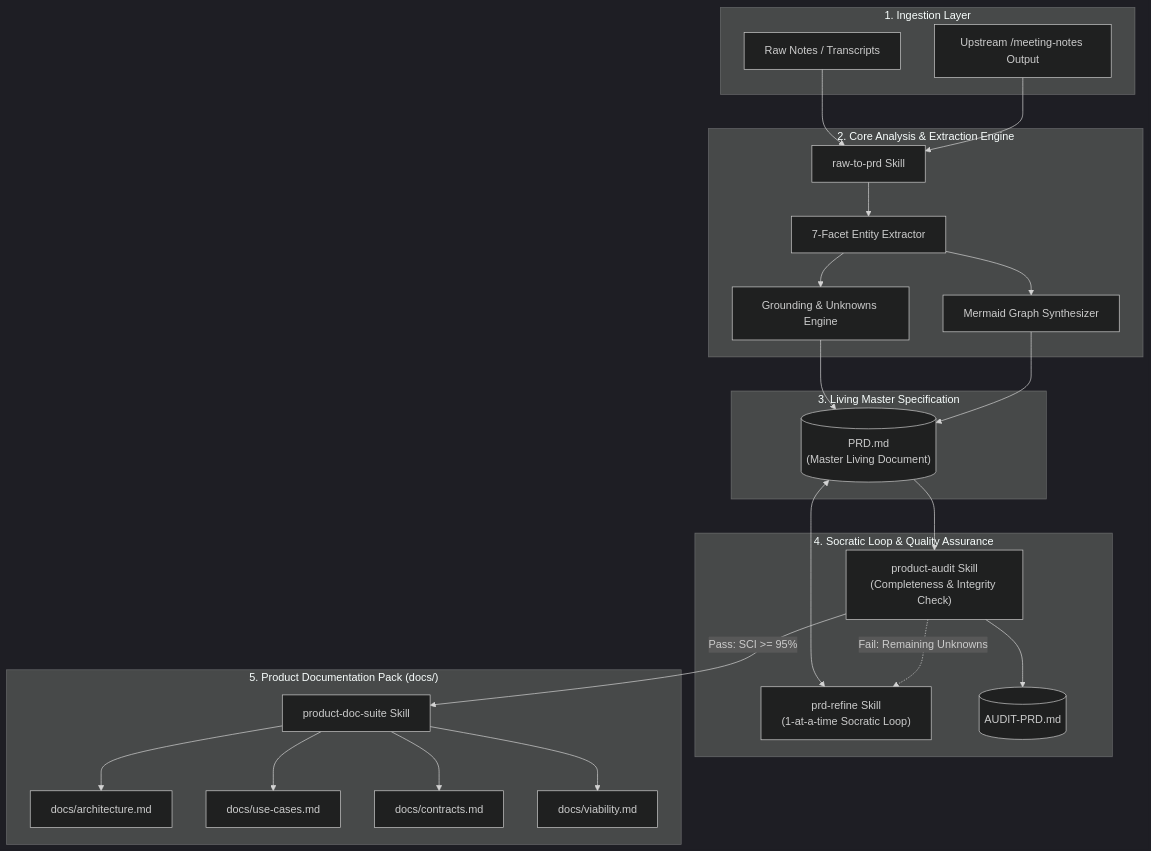
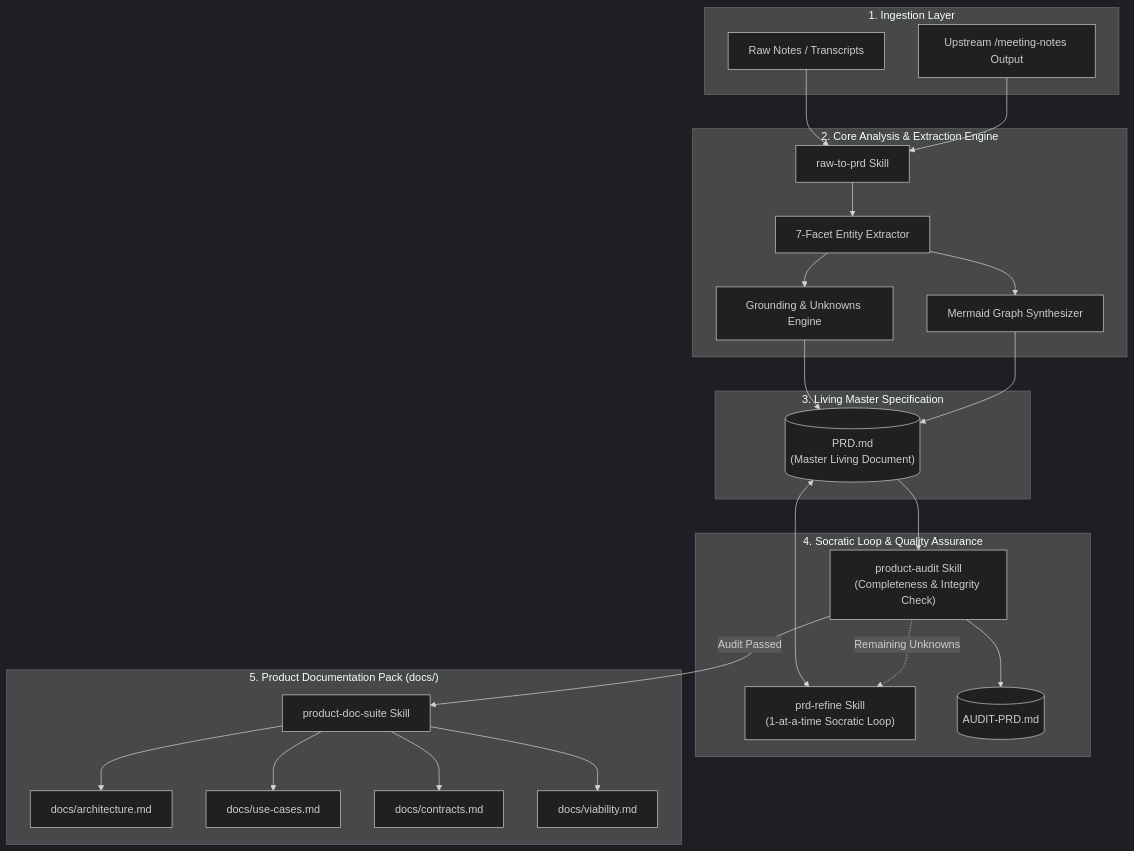
One commit to bsommers/product-owner changed the diagram in docs/architecture.md. Above: the diagram before and after it, drawn with Mermaid (dark theme). The commit also changed 1 other file, not shown here.

Commit message:
fix: sanitize Mermaid edge labels to prevent GitHub rendering syntax error

````diff
--- a/docs/architecture.md
+++ b/docs/architecture.md
@@ -76,51 +76,51 @@
 ```mermaid
 flowchart TD
     subgraph Ingestion ["1. Ingestion Layer"]
         Inp1["Raw Notes / Transcripts"]
         Inp2["Upstream /meeting-notes Output"]
     end
 
     subgraph CoreEngine ["2. Core Analysis & Extraction Engine"]
         RTP["raw-to-prd Skill"]
         FacetExt["7-Facet Entity Extractor"]
         GapFilter["Grounding & Unknowns Engine"]
         Diagrammer["Mermaid Graph Synthesizer"]
     end
 
     subgraph StateStorage ["3. Living Master Specification"]
         PRD[("PRD.md\n(Master Living Document)")]
     end
 
     subgraph RefinementGate ["4. Socratic Loop & Quality Assurance"]
         PRDRefine["prd-refine Skill\n(1-at-a-time Socratic Loop)"]
         PRDAudit["product-audit Skill\n(Completeness & Integrity Check)"]
         AuditFile[("AUDIT-PRD.md")]
     end
 
     subgraph DocGeneration ["5. Product Documentation Pack (docs/)"]
         DocSuite["product-doc-suite Skill"]
         SAD["docs/architecture.md"]
         UC["docs/use-cases.md"]
         IO["docs/contracts.md"]
         VIAB["docs/viability.md"]
     end
 
     Inp1 --> RTP
     Inp2 --> RTP
     RTP --> FacetExt
     FacetExt --> GapFilter
     FacetExt --> Diagrammer
     GapFilter --> PRD
     Diagrammer --> PRD
 
     PRD <--> PRDRefine
     PRD --> PRDAudit
     PRDAudit --> AuditFile
-    PRDAudit -.->|Fail: Remaining Unknowns| PRDRefine
-    PRDAudit -->|Pass: SCI >= 95%| DocSuite
+    PRDAudit -.->|Remaining Unknowns| PRDRefine
+    PRDAudit -->|Audit Passed| DocSuite
 
     DocSuite --> SAD
     DocSuite --> UC
     DocSuite --> IO
     DocSuite --> VIAB
 ```
````
